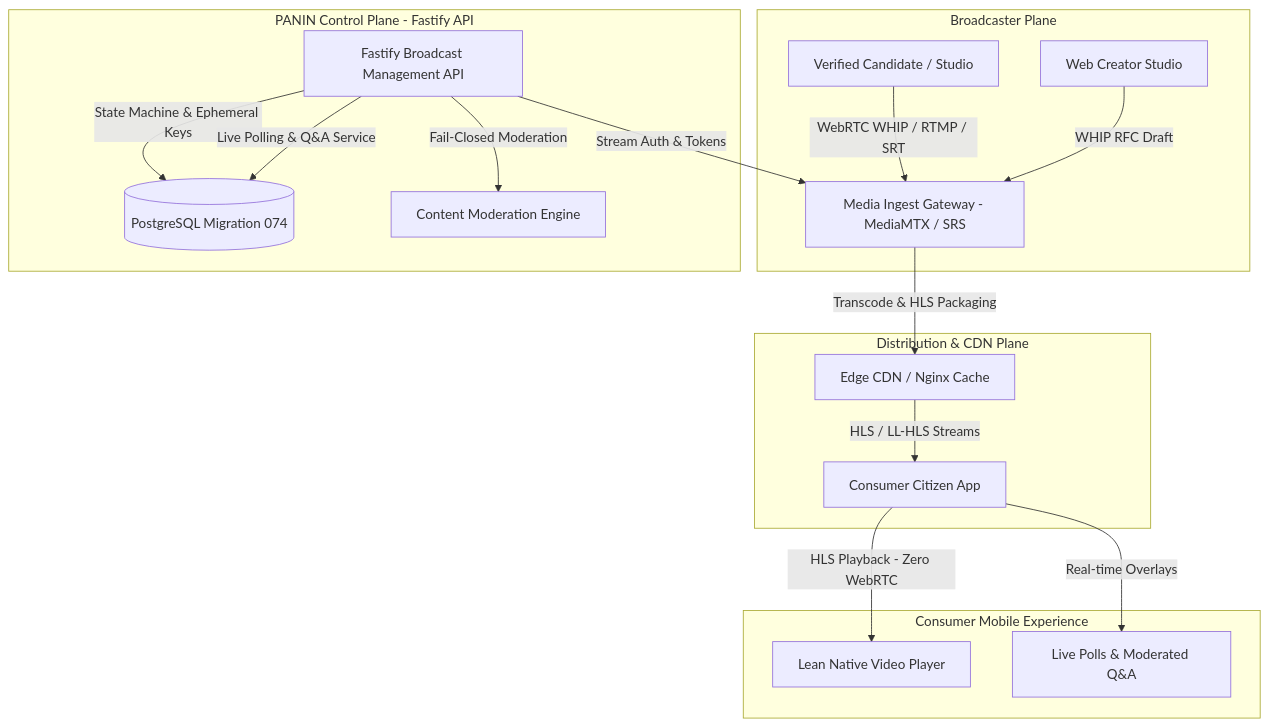
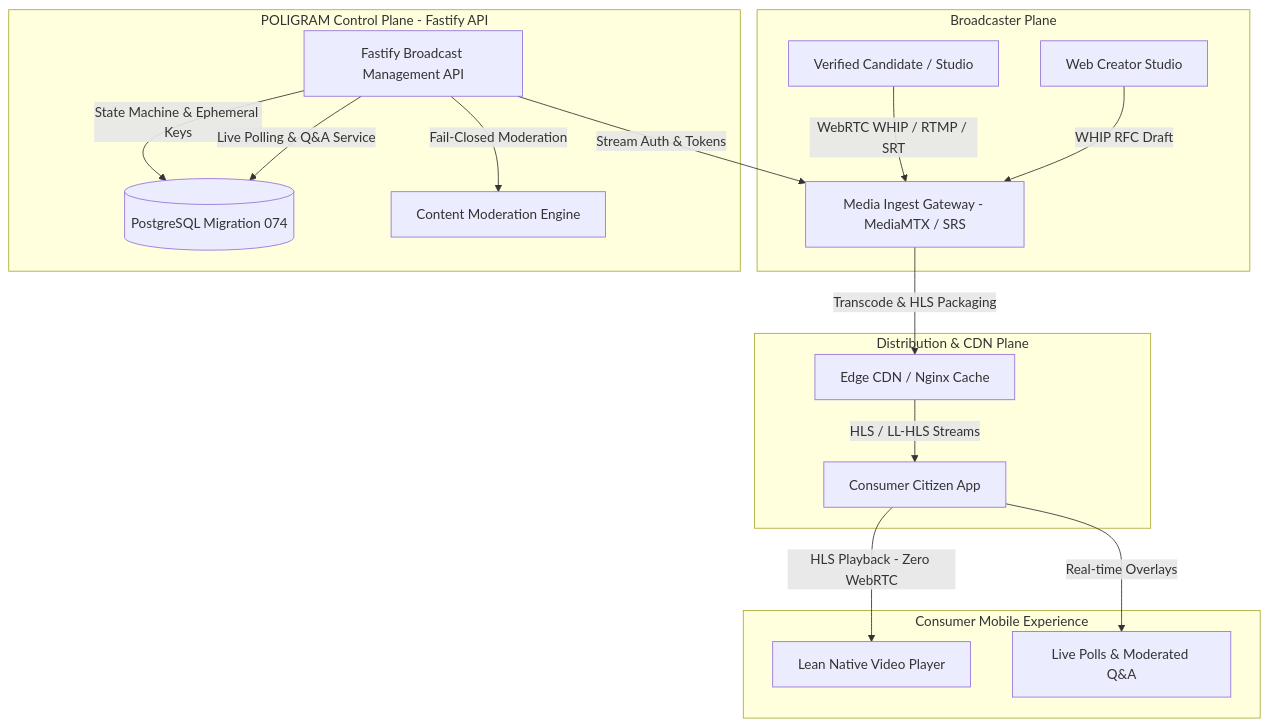
The first of 2 diagrams in governance/plans/PLAN-W052-PROFESSIONAL-BROADCAST-ARCHITECTURE-REV-1.0.md (kshetra-app/Kshetra), drawn with Mermaid before and after one commit. The commit also changed 62 other files, not shown here.

````diff
--- a/governance/plans/PLAN-W052-PROFESSIONAL-BROADCAST-ARCHITECTURE-REV-1.0.md
+++ b/governance/plans/PLAN-W052-PROFESSIONAL-BROADCAST-ARCHITECTURE-REV-1.0.md
@@ -86,24 +86,24 @@
 ```mermaid
 flowchart TD
     subgraph Broadcaster Plane
         A1[Verified Candidate / Studio] -->|WebRTC WHIP / RTMP / SRT| B[Media Ingest Gateway - MediaMTX / SRS]
         A2[Web Creator Studio] -->|WHIP RFC Draft| B
     end
 
-    subgraph PANIN Control Plane - Fastify API
+    subgraph POLIGRAM Control Plane - Fastify API
         C[Fastify Broadcast Management API] -->|Stream Auth & Tokens| B
         C -->|State Machine & Ephemeral Keys| D[(PostgreSQL Migration 074)]
         C -->|Live Polling & Q&A Service| D
         C -->|Fail-Closed Moderation| E[Content Moderation Engine]
     end
 
     subgraph Distribution & CDN Plane
         B -->|Transcode & HLS Packaging| F[Edge CDN / Nginx Cache]
         F -->|HLS / LL-HLS Streams| G[Consumer Citizen App]
     end
 
     subgraph Consumer Mobile Experience
         G -->|HLS Playback - Zero WebRTC| H[Lean Native Video Player]
         G -->|Real-time Overlays| I[Live Polls & Moderated Q&A]
     end
 ```
````
